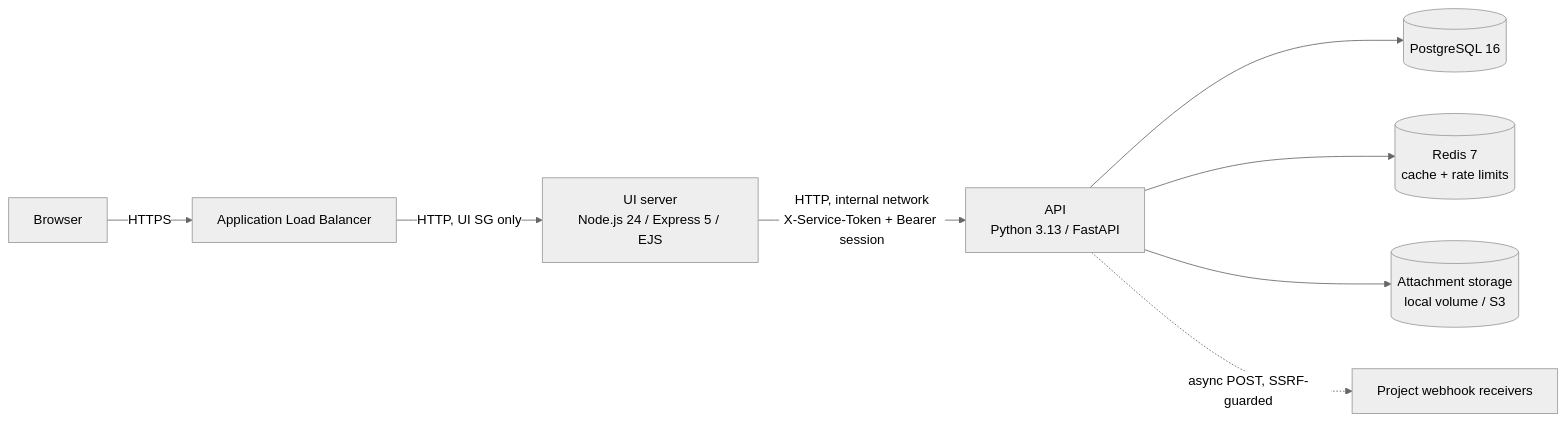
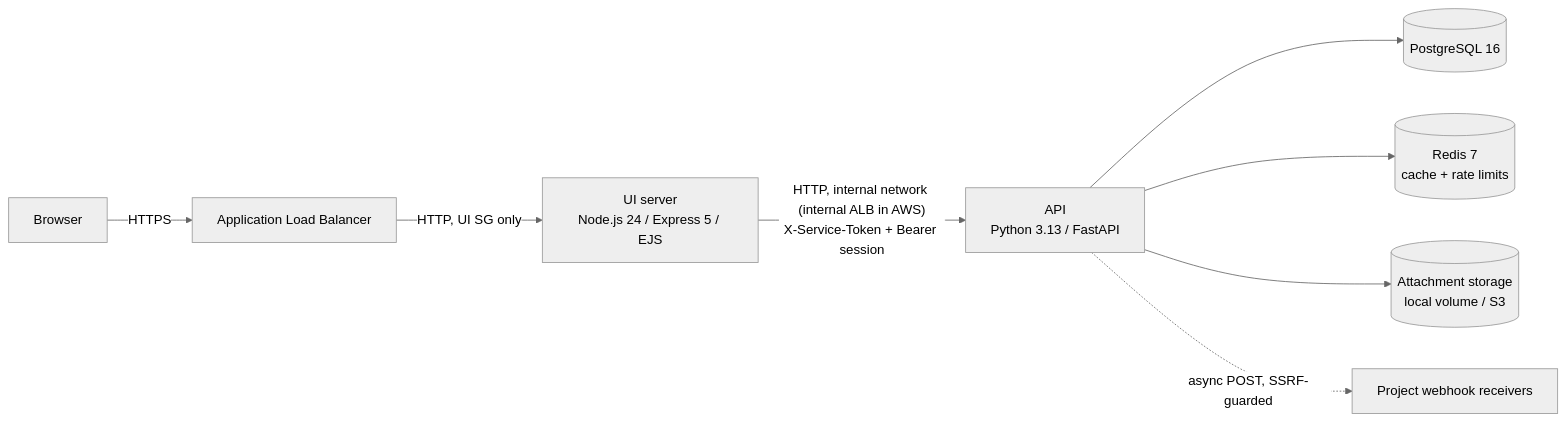
Before and after one commit to morpheuslord/agent-crew-test-pureclaude: the first of 5 diagrams in docs/ARCHITECTURE.md, drawn with Mermaid (neutral theme). The commit also changed other lines of this file and 3 other files, not shown here.

Commit message:
docs: README, deployment guide and updated architecture and decisions

````diff
--- a/docs/ARCHITECTURE.md
+++ b/docs/ARCHITECTURE.md
@@ -8,10 +8,10 @@
 ```mermaid
 flowchart LR
     B[Browser] -- HTTPS --> ALB[Application Load Balancer]
     ALB -- HTTP, UI SG only --> UI[UI server<br/>Node.js 24 / Express 5 / EJS]
-    UI -- "HTTP, internal network<br/>X-Service-Token + Bearer session" --> API[API<br/>Python 3.13 / FastAPI]
+    UI -- "HTTP, internal network (internal ALB in AWS)<br/>X-Service-Token + Bearer session" --> API[API<br/>Python 3.13 / FastAPI]
     API --> PG[(PostgreSQL 16)]
     API --> R[(Redis 7<br/>cache + rate limits)]
     API --> S[(Attachment storage<br/>local volume / S3)]
     API -. "async POST, SSRF-guarded" .-> WH[Project webhook receivers]
 ```
````
